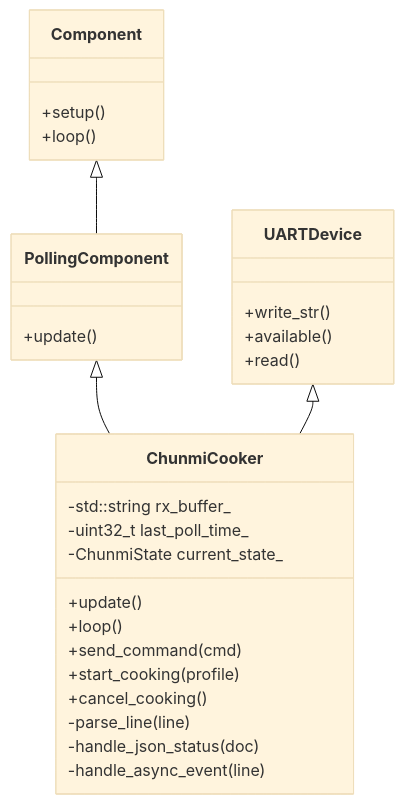
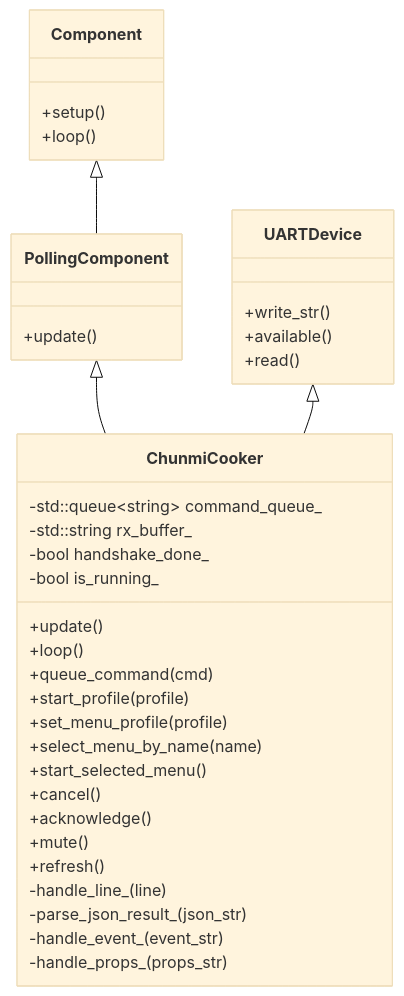
One commit to mathismueller/esphome-xiaomi-rice-cooker changed the diagram in documentation/esphome-architecture.md. Above: the diagram before and after it, drawn with Mermaid (base theme). The commit also changed other lines of this file and 2 other files, not shown here.

````diff
--- a/documentation/esphome-architecture.md
+++ b/documentation/esphome-architecture.md
@@ -35,32 +36,40 @@
 ```mermaid
 classDiagram
     class Component {
         +setup()
         +loop()
     }
     class PollingComponent {
         +update()
     }
     class UARTDevice {
         +write_str()
         +available()
         +read()
     }
     class ChunmiCooker {
+        -std::queue~string~ command_queue_
         -std::string rx_buffer_
-        -uint32_t last_poll_time_
-        -ChunmiState current_state_
+        -bool handshake_done_
+        -bool is_running_
         +update()
         +loop()
-        +send_command(cmd)
-        +start_cooking(profile)
-        +cancel_cooking()
-        -parse_line(line)
-        -handle_json_status(doc)
-        -handle_async_event(line)
+        +queue_command(cmd)
+        +start_profile(profile)
+        +set_menu_profile(profile)
+        +select_menu_by_name(name)
+        +start_selected_menu()
+        +cancel()
+        +acknowledge()
+        +mute()
+        +refresh()
+        -handle_line_(line)
+        -parse_json_result_(json_str)
+        -handle_event_(event_str)
+        -handle_props_(props_str)
     }
 
     Component <|-- PollingComponent
     PollingComponent <|-- ChunmiCooker
     UARTDevice <|-- ChunmiCooker
 ```
````
